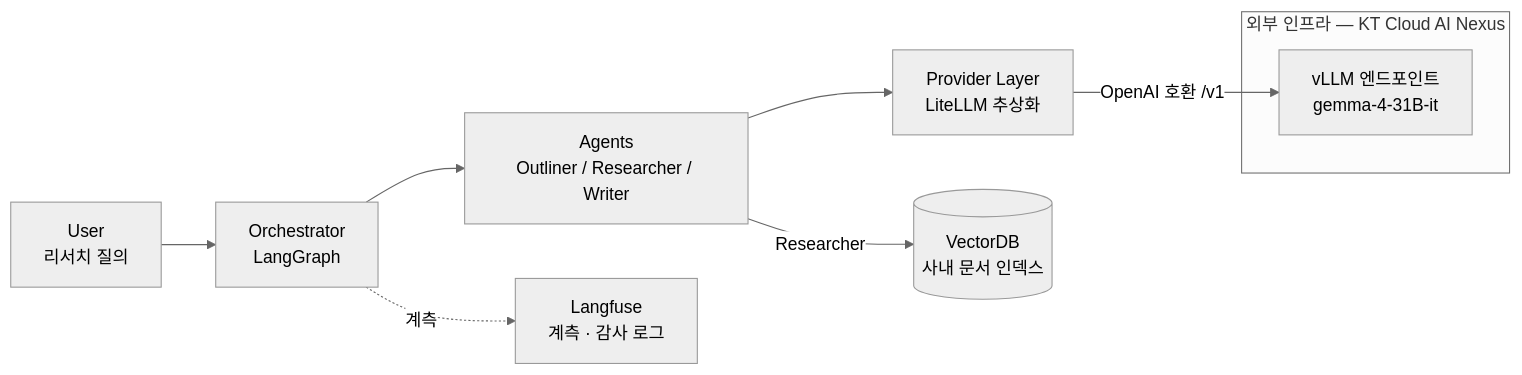
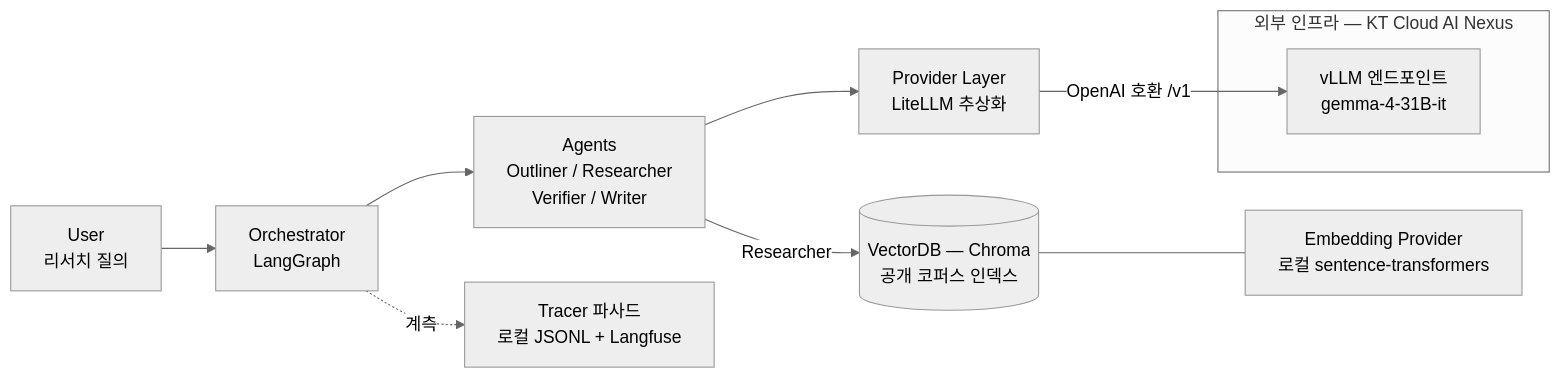
One commit to clickshn/multiagent-research-lab changed the first of 3 diagrams in docs/architecture.md. Above: the diagram before and after it, drawn with Mermaid (neutral theme). The commit also changed other lines of this file and 33 other files, not shown here.

````diff
--- a/docs/architecture.md
+++ b/docs/architecture.md
@@ -9,20 +11,22 @@
 ```mermaid
 graph LR
     User[User<br/>리서치 질의]
     Orch[Orchestrator<br/>LangGraph]
-    Agents[Agents<br/>Outliner / Researcher / Writer]
+    Agents[Agents<br/>Outliner / Researcher<br/>Verifier / Writer]
     Prov[Provider Layer<br/>LiteLLM 추상화]
-    VDB[(VectorDB<br/>사내 문서 인덱스)]
-    Obs[Langfuse<br/>계측 · 감사 로그]
+    Emb[Embedding Provider<br/>로컬 sentence-transformers]
+    VDB[(VectorDB — Chroma<br/>공개 코퍼스 인덱스)]
+    Obs[Tracer 파사드<br/>로컬 JSONL + Langfuse]
 
     subgraph ext [외부 인프라 — KT Cloud AI Nexus]
         VLLM[vLLM 엔드포인트<br/>gemma-4-31B-it]
     end
 
     User --> Orch
     Orch --> Agents
     Agents --> Prov
     Prov -- OpenAI 호환 /v1 --> VLLM
     Agents -- Researcher --> VDB
+    VDB --- Emb
     Orch -.계측.-> Obs
 ```
````
